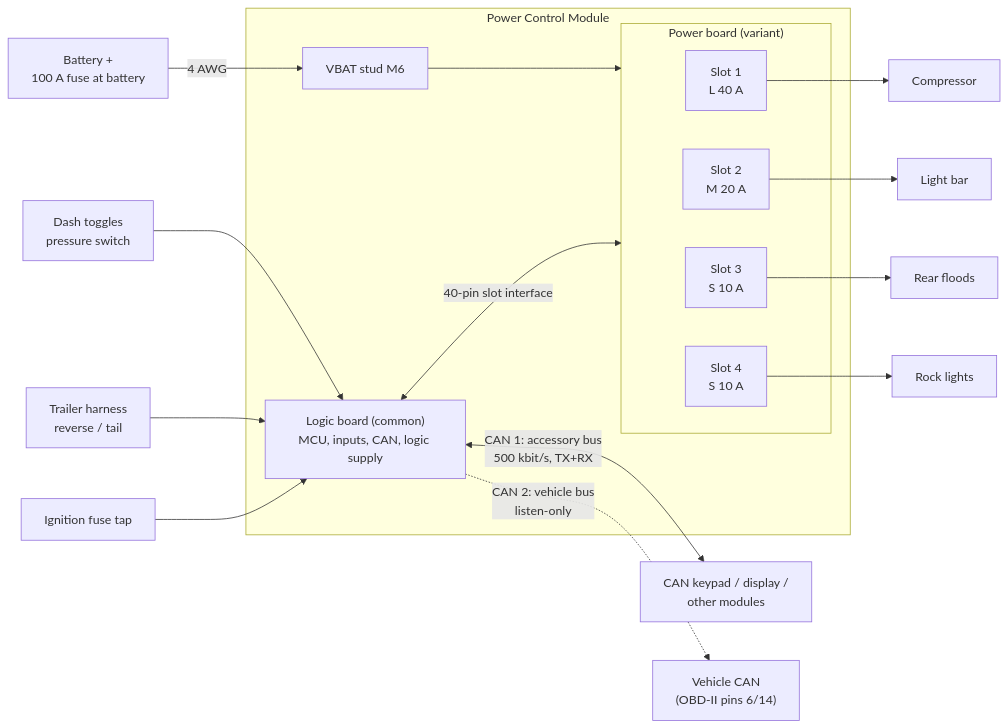
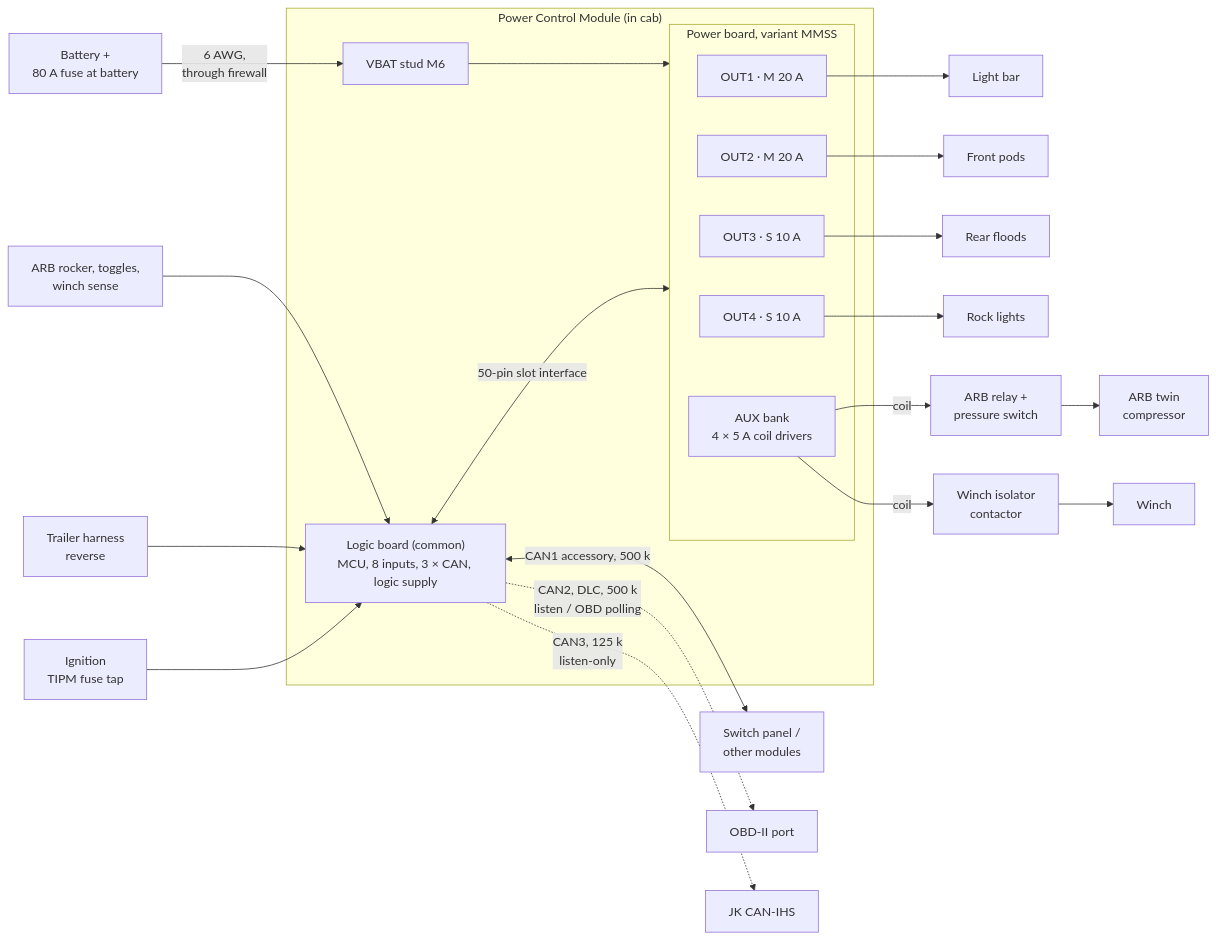
Before and after one commit to jeffmincey/playground: the first of 2 diagrams in power-control-module/docs/02-architecture.md, drawn with Mermaid. The commit also changed other lines of this file and 19 other files, not shown here.

````diff
--- a/power-control-module/docs/02-architecture.md
+++ b/power-control-module/docs/02-architecture.md
@@ -5,24 +5,30 @@
 ```mermaid
 flowchart LR
-    BAT["Battery +<br/>100 A fuse at battery"] -->|4 AWG| STUD
-    subgraph PCM["Power Control Module"]
+    BAT["Battery +<br/>80 A fuse at battery"] -->|"6 AWG,<br/>through firewall"| STUD
+    subgraph PCM["Power Control Module (in cab)"]
         STUD["VBAT stud M6"] --> PB
-        subgraph PB["Power board (variant)"]
-            S1["Slot 1<br/>L 40 A"]
-            S2["Slot 2<br/>M 20 A"]
-            S3["Slot 3<br/>S 10 A"]
-            S4["Slot 4<br/>S 10 A"]
+        subgraph PB["Power board, variant MMSS"]
+            S1["OUT1 · M 20 A"]
+            S2["OUT2 · M 20 A"]
+            S3["OUT3 · S 10 A"]
+            S4["OUT4 · S 10 A"]
+            AUX["AUX bank<br/>4 × 5 A coil drivers"]
         end
-        LB["Logic board (common)<br/>MCU, inputs, CAN, logic supply"]
-        LB <-->|"40-pin slot interface"| PB
+        LB["Logic board (common)<br/>MCU, 8 inputs, 3 × CAN, logic supply"]
+        LB <-->|"50-pin slot interface"| PB
     end
-    S1 --> COMP["Compressor"]
-    S2 --> BAR["Light bar"]
+    S1 --> BAR["Light bar"]
+    S2 --> PODS["Front pods"]
     S3 --> REAR["Rear floods"]
     S4 --> ROCK["Rock lights"]
-    SW["Dash toggles<br/>pressure switch"] --> LB
-    TRL["Trailer harness<br/>reverse / tail"] --> LB
-    IGN["Ignition fuse tap"] --> LB
-    LB <-->|"CAN 1: accessory bus<br/>500 kbit/s, TX+RX"| KEY["CAN keypad / display /<br/>other modules"]
-    LB -.->|"CAN 2: vehicle bus<br/>listen-only"| OBD["Vehicle CAN<br/>(OBD-II pins 6/14)"]
+    AUX -->|"coil"| ARBR["ARB relay +<br/>pressure switch"]
+    ARBR --> COMP["ARB twin<br/>compressor"]
+    AUX -->|"coil"| WCON["Winch isolator<br/>contactor"]
+    WCON --> WINCH["Winch"]
+    SW["ARB rocker, toggles,<br/>winch sense"] --> LB
+    TRL["Trailer harness<br/>reverse"] --> LB
+    IGN["Ignition<br/>TIPM fuse tap"] --> LB
+    LB <-->|"CAN1 accessory, 500 k"| PANEL["Switch panel /<br/>other modules"]
+    LB -.->|"CAN2, DLC, 500 k<br/>listen / OBD polling"| DLC["OBD-II port"]
+    LB -.->|"CAN3, 125 k<br/>listen-only"| IHS["JK CAN-IHS"]
 ```
````
